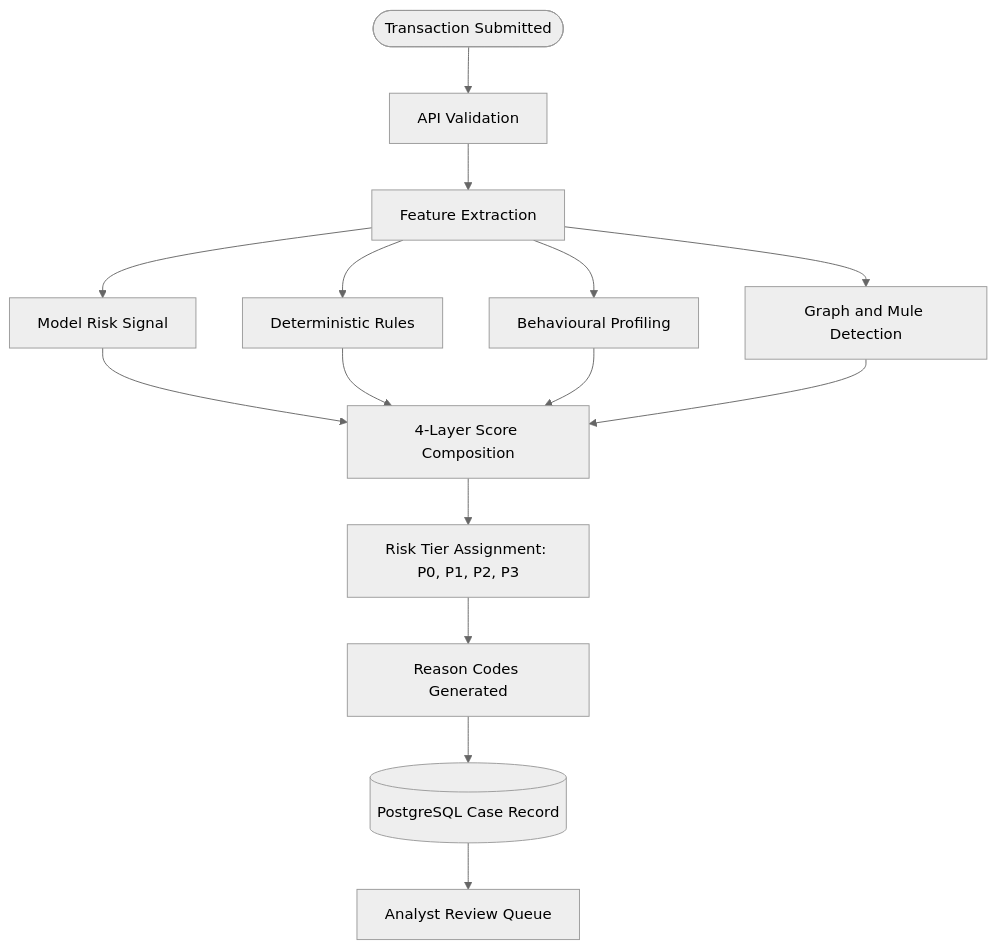
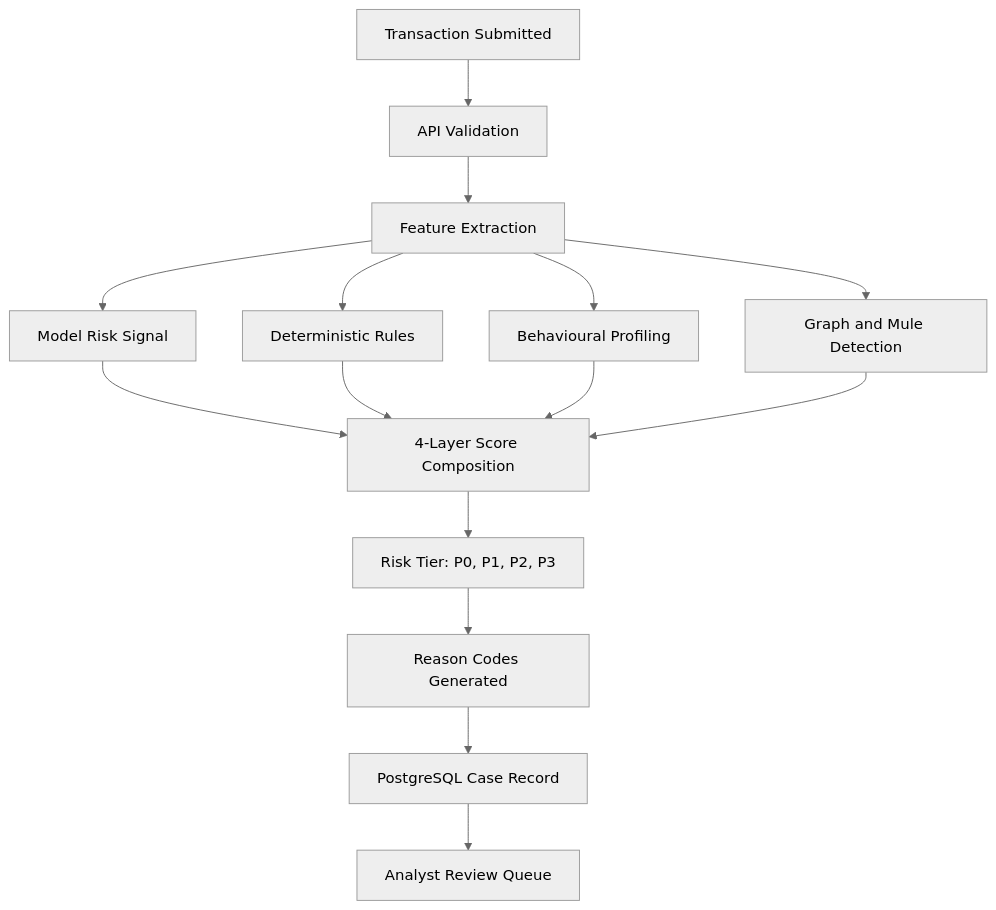
One commit to IjazKakkodDS/transaction-fraud-intelligence-console changed the second of 6 diagrams in README.md. Above: the diagram before and after it, drawn with Mermaid (neutral theme). The commit also changed other lines of this file, not shown here.

Commit message:
Fix README Mermaid rendering

````diff
--- a/README.md
+++ b/README.md
@@ -267,14 +267,17 @@
 ```mermaid
 flowchart TD
-    A(["Transaction Submitted"]) --> B["API Validation"]
+    A["Transaction Submitted"] --> B["API Validation"]
     B --> C["Feature Extraction"]
     C --> D["Model Risk Signal"]
     C --> E["Deterministic Rules"]
     C --> F["Behavioural Profiling"]
     C --> G["Graph and Mule Detection"]
-    D & E & F & G --> H["4-Layer Score Composition"]
-    H --> I["Risk Tier Assignment: P0, P1, P2, P3"]
+    D --> H["4-Layer Score Composition"]
+    E --> H
+    F --> H
+    G --> H
+    H --> I["Risk Tier: P0, P1, P2, P3"]
     I --> J["Reason Codes Generated"]
-    J --> K[("PostgreSQL Case Record")]
+    J --> K["PostgreSQL Case Record"]
     K --> L["Analyst Review Queue"]
 ```
````
